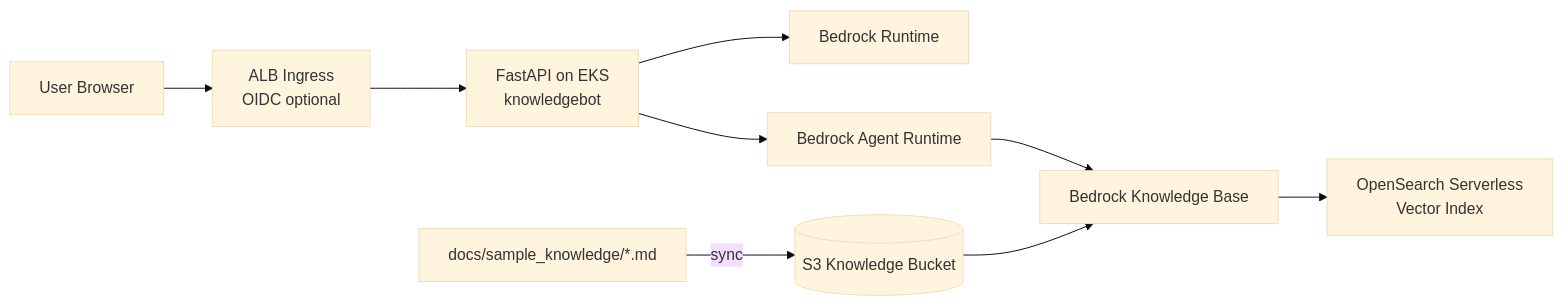
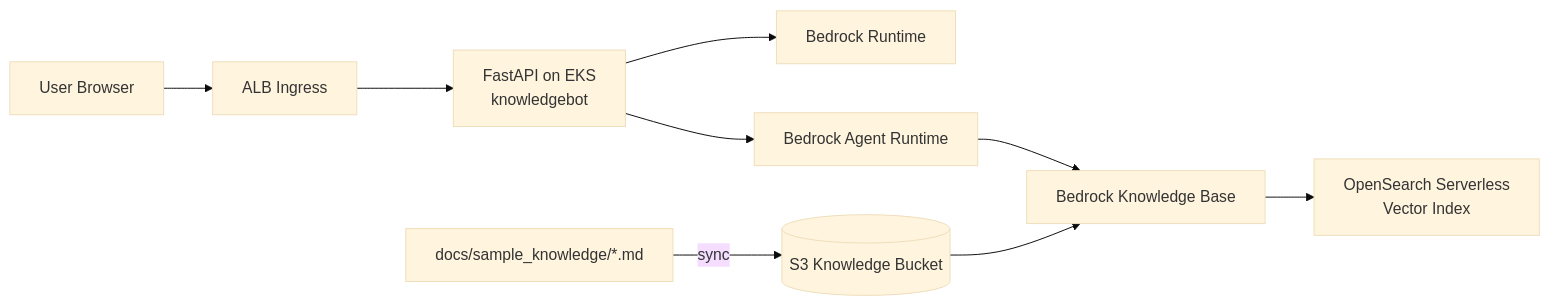
The first of 7 diagrams in knowledge-bot/README.md (tk-21/terraform-lab), drawn with Mermaid (base theme) before and after one commit. The commit also changed other lines of this file and 7 other files, not shown here.

````diff
--- a/knowledge-bot/README.md
+++ b/knowledge-bot/README.md
@@ -47,18 +47,18 @@
 ```mermaid
 flowchart LR
   User[User Browser]
-  ALB[ALB Ingress<br/>OIDC optional]
+  ALB[ALB Ingress]
   App[FastAPI on EKS<br/>knowledgebot]
   BR[Bedrock Runtime]
   BAR[Bedrock Agent Runtime]
   KB[Bedrock Knowledge Base]
   AOSS[OpenSearch Serverless<br/>Vector Index]
   S3[(S3 Knowledge Bucket)]
   Docs[docs/sample_knowledge/*.md]
 
   User --> ALB --> App
   App --> BR
   App --> BAR --> KB
   KB --> AOSS
   Docs -->|sync| S3 --> KB
 ```
````
